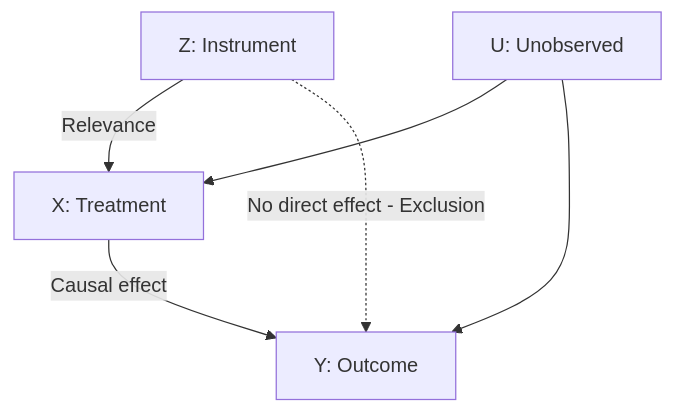
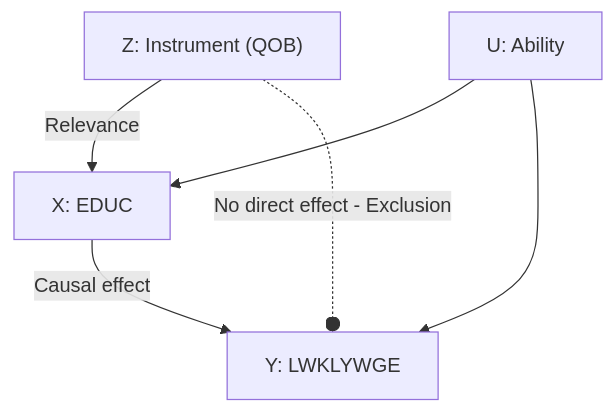
One commit to subhamk/talks changed the second of 2 diagrams in iv-intro.qmd. Above: the diagram before and after it, drawn with Mermaid. The commit also changed other lines of this file, not shown here.

````diff
--- a/iv-intro.qmd
+++ b/iv-intro.qmd
@@ -53,11 +101,11 @@
 ```{mermaid}
 %%| echo: false
 flowchart TD
-    Z["Z: Instrument"] -->|Relevance| X["X: Treatment"]
-    X -->|Causal effect| Y["Y: Outcome"]
+    Z["Z: Instrument (QOB)"] -->|Relevance| X["X: EDUC"]
+    X -->|Causal effect| Y["Y: LWKLYWGE"]
     
-    U["U: Unobserved"] --> X
+    U["U: Ability"] --> X
     U --> Y
     
-    Z -.->|No direct effect - Exclusion| Y
+    Z -.-o|No direct effect - Exclusion| Y
 ```
````
